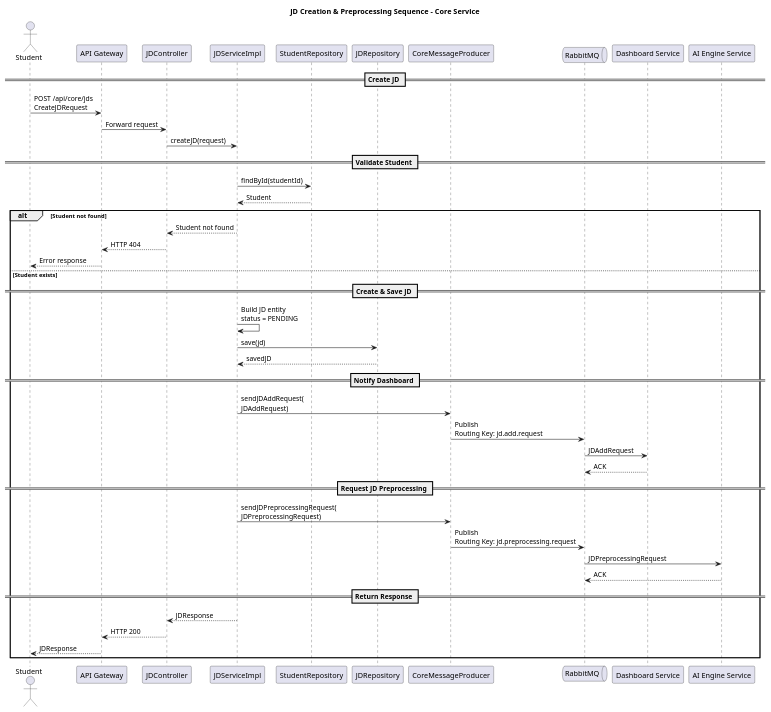
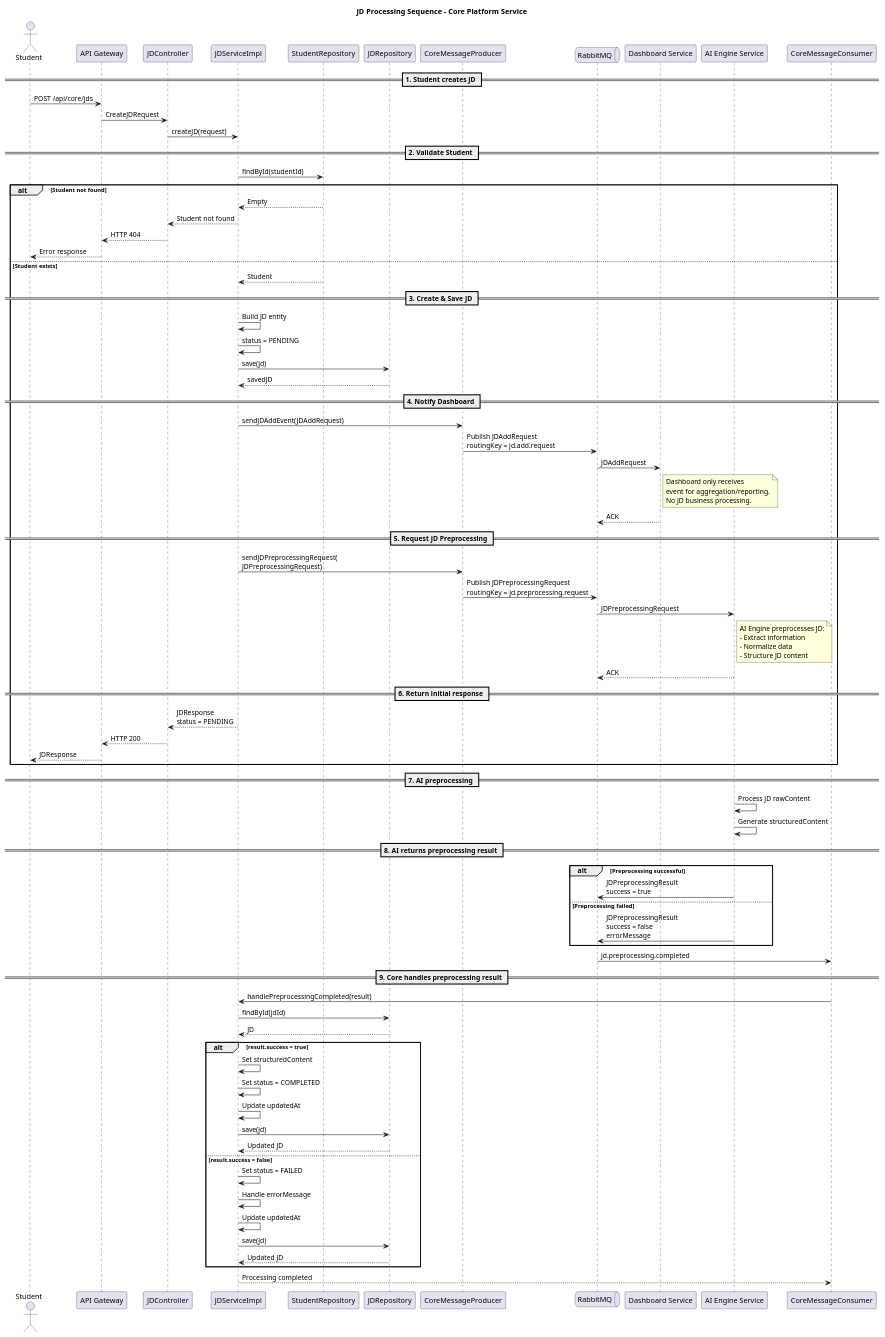
Before and after one commit to Dtrong56/PTIT-AI-Career-Platform: the diagram in docs/architecture/cv-jd-analysis/jd_upload_core.puml, drawn with PlantUML. The commit also changed 4 other files, not shown here.

Commit message:
Code analysis flow in core service

```diff
--- a/docs/architecture/cv-jd-analysis/jd_upload_core.puml
+++ b/docs/architecture/cv-jd-analysis/jd_upload_core.puml
@@ -1,61 +1,137 @@
 @startuml
-title JD Creation & Preprocessing Sequence - Core Service
+title JD Processing Sequence - Core Platform Service
 
 actor Student
 
 participant "API Gateway" as Gateway
 participant "JDController" as Controller
-participant "JDServiceImpl" as Service
+participant "JDServiceImpl" as JDService
 participant "StudentRepository" as StudentRepo
 participant "JDRepository" as JDRepo
 participant "CoreMessageProducer" as Producer
 queue "RabbitMQ" as RabbitMQ
 participant "Dashboard Service" as Dashboard
 participant "AI Engine Service" as AI
+participant "CoreMessageConsumer" as Consumer
 
-== Create JD ==
+== 1. Student creates JD ==
 
-Student -> Gateway: POST /api/core/jds\nCreateJDRequest
-Gateway -> Controller: Forward request
+Student -> Gateway: POST /api/core/jds
+Gateway -> Controller: CreateJDRequest
 
-Controller -> Service: createJD(request)
+Controller -> JDService: createJD(request)
 
-== Validate Student ==
+== 2. Validate Student ==
 
-Service -> StudentRepo: findById(studentId)
-StudentRepo --> Service: Student
+JDService -> StudentRepo: findById(studentId)
 
 alt Student not found
-    Service --> Controller: Student not found
+
+    StudentRepo --> JDService: Empty
+    JDService --> Controller: Student not found
     Controller --> Gateway: HTTP 404
     Gateway --> Student: Error response
+
 else Student exists
 
-    == Create & Save JD ==
+    StudentRepo --> JDService: Student
 
-    Service -> Service: Build JD entity\nstatus = PENDING
-    Service -> JDRepo: save(jd)
-    JDRepo --> Service: savedJD
+    == 3. Create & Save JD ==
 
-    == Notify Dashboard ==
+    JDService -> JDService: Build JD entity
+    JDService -> JDService: status = PENDING
 
-    Service -> Producer: sendJDAddRequest(\nJDAddRequest)
-    Producer -> RabbitMQ: Publish\nRouting Key: jd.add.request
+    JDService -> JDRepo: save(jd)
+    JDRepo --> JDService: savedJD
+
+    == 4. Notify Dashboard ==
+
+    JDService -> Producer: sendJDAddEvent(JDAddRequest)
+
+    Producer -> RabbitMQ: Publish JDAddRequest\nroutingKey = jd.add.request
+
     RabbitMQ -> Dashboard: JDAddRequest
+
+    note right of Dashboard
+        Dashboard only receives
+        event for aggregation/reporting.
+        No JD business processing.
+    end note
+
     Dashboard --> RabbitMQ: ACK
 
-    == Request JD Preprocessing ==
+    == 5. Request JD Preprocessing ==
 
-    Service -> Producer: sendJDPreprocessingRequest(\nJDPreprocessingRequest)
-    Producer -> RabbitMQ: Publish\nRouting Key: jd.preprocessing.request
+    JDService -> Producer: sendJDPreprocessingRequest(\nJDPreprocessingRequest)
+
+    Producer -> RabbitMQ: Publish JDPreprocessingRequest\nroutingKey = jd.preprocessing.request
+
     RabbitMQ -> AI: JDPreprocessingRequest
+
+    note right of AI
+        AI Engine preprocesses JD:
+        - Extract information
+        - Normalize data
+        - Structure JD content
+    end note
+
     AI --> RabbitMQ: ACK
 
-    == Return Response ==
+    == 6. Return initial response ==
 
-    Service --> Controller: JDResponse
+    JDService --> Controller: JDResponse\nstatus = PENDING
     Controller --> Gateway: HTTP 200
     Gateway --> Student: JDResponse
 
 end
+
+
+== 7. AI preprocessing ==
+
+AI -> AI: Process JD rawContent
+AI -> AI: Generate structuredContent
+
+== 8. AI returns preprocessing result ==
+
+alt Preprocessing successful
+
+    AI -> RabbitMQ: JDPreprocessingResult\nsuccess = true
+
+else Preprocessing failed
+
+    AI -> RabbitMQ: JDPreprocessingResult\nsuccess = false\nerrorMessage
+
+end
+
+RabbitMQ -> Consumer: jd.preprocessing.completed
+
+== 9. Core handles preprocessing result ==
+
+Consumer -> JDService: handlePreprocessingCompleted(result)
+
+JDService -> JDRepo: findById(jdId)
+JDRepo --> JDService: JD
+
+alt result.success = true
+
+    JDService -> JDService: Set structuredContent
+    JDService -> JDService: Set status = COMPLETED
+    JDService -> JDService: Update updatedAt
+
+    JDService -> JDRepo: save(jd)
+    JDRepo --> JDService: Updated JD
+
+else result.success = false
+
+    JDService -> JDService: Set status = FAILED
+    JDService -> JDService: Handle errorMessage
+    JDService -> JDService: Update updatedAt
+
+    JDService -> JDRepo: save(jd)
+    JDRepo --> JDService: Updated JD
+
+end
+
+JDService --> Consumer: Processing completed
+
 @enduml
```
